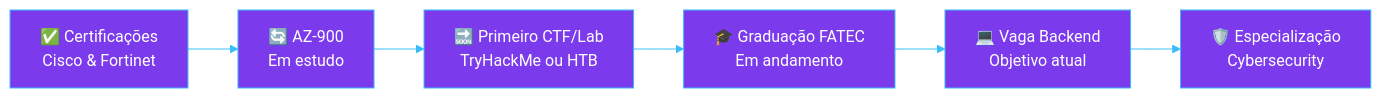
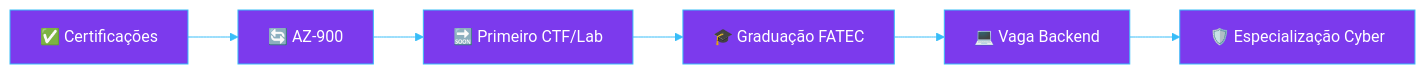
The second of 2 diagrams in README.md (marcos22-s/marcos22-s), drawn with Mermaid before and after one commit. The commit also changed other lines of this file, not shown here.

````diff
--- a/README.md
+++ b/README.md
@@ -166,9 +114,9 @@
 ```mermaid
 %%{init: {'theme':'base', 'themeVariables': {'primaryColor':'#7C3AED','primaryTextColor':'#ffffff','primaryBorderColor':'#38BDF8','lineColor':'#38BDF8','fontFamily':'JetBrains Mono'}}}%%
 flowchart LR
-    A["✅ Certificações<br/>Cisco & Fortinet"] --> B["🔄 AZ-900<br/>Em estudo"]
-    B --> C["🔜 Primeiro CTF/Lab<br/>TryHackMe ou HTB"]
-    C --> D["🎓 Graduação FATEC<br/>Em andamento"]
-    D --> E["💻 Vaga Backend<br/>Objetivo atual"]
-    E --> F["🛡️ Especialização<br/>Cybersecurity"]
+    A["✅ Certificações"] --> B["🔄 AZ-900"]
+    B --> C["🔜 Primeiro CTF/Lab"]
+    C --> D["🎓 Graduação FATEC"]
+    D --> E["💻 Vaga Backend"]
+    E --> F["🛡️ Especialização Cyber"]
 ```
````
